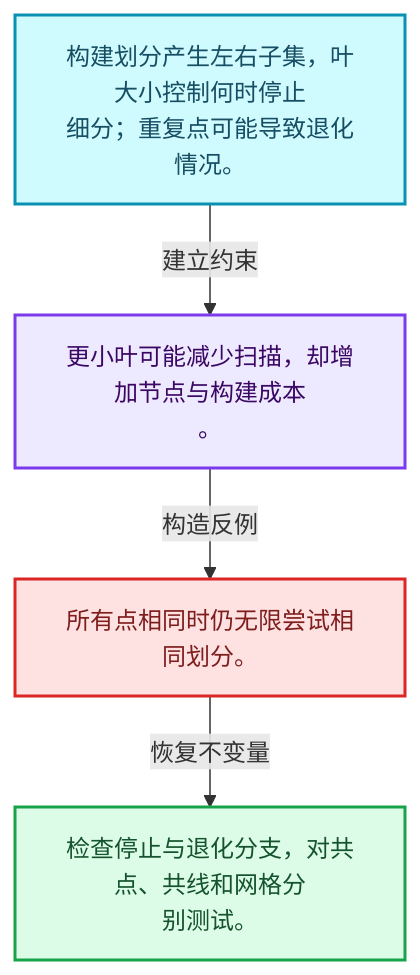
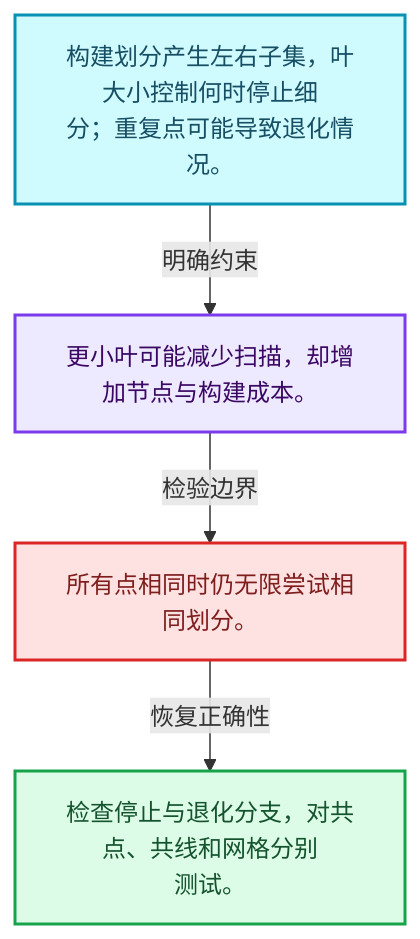
One commit to yunkezengren/blender-.vscode changed the first of 4 diagrams in 杂/markdown/全面学习-codex/12-空间数据结构与几何算法/03-KDTreeNew构建.md. Above: the diagram before and after it, drawn with Mermaid. The commit also changed other lines of this file and 1930 other files, not shown here.

````diff
--- a/杂/markdown/全面学习-codex/12-空间数据结构与几何算法/03-KDTreeNew构建.md
+++ b/杂/markdown/全面学习-codex/12-空间数据结构与几何算法/03-KDTreeNew构建.md
@@ -29,16 +29,16 @@
 ```mermaid
 flowchart TB
-  M["构建划分产生左右子集，叶大小控制何时停止<br/>细分；重复点可能导致退化情况。"]:::data
-  T["更小叶可能减少扫描，却增加节点与构建成本<br/>。"]:::abstraction
-  X["所有点相同时仍无限尝试相同划分。"]:::error
-  A["检查停止与退化分支，对共点、共线和网格分<br/>别测试。"]:::result
-  M -->|"建立约束"| T
-  T -->|"构造反例"| X
-  X -->|"恢复不变量"| A
+  M["构建划分产生左右子集，叶大小控制何时停止细<br/>分；重复点可能导致退化情况。"]:::data
+  C["更小叶可能减少扫描，却增加节点与构建成本。"]:::abstraction
+  B["所有点相同时仍无限尝试相同划分。"]:::error
+  R["检查停止与退化分支，对共点、共线和网格分别<br/>测试。"]:::result
+  M -->|"明确约束"| C
+  C -->|"检验边界"| B
+  B -->|"恢复正确性"| R
   classDef input fill:#DBEAFE,stroke:#2563EB,color:#172554,stroke-width:2px;
   classDef data fill:#CFFAFE,stroke:#0891B2,color:#164E63,stroke-width:2px;
   classDef abstraction fill:#EDE9FE,stroke:#7C3AED,color:#3B0764,stroke-width:2px;
   classDef compute fill:#FEF3C7,stroke:#D97706,color:#78350F,stroke-width:2px;
   classDef result fill:#DCFCE7,stroke:#16A34A,color:#14532D,stroke-width:2px;
   classDef error fill:#FEE2E2,stroke:#DC2626,color:#7F1D1D,stroke-width:2px;
 ```
````
